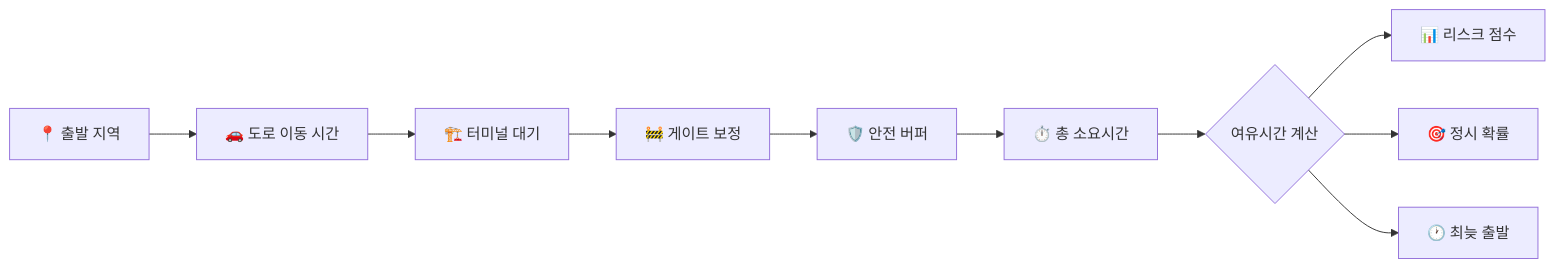
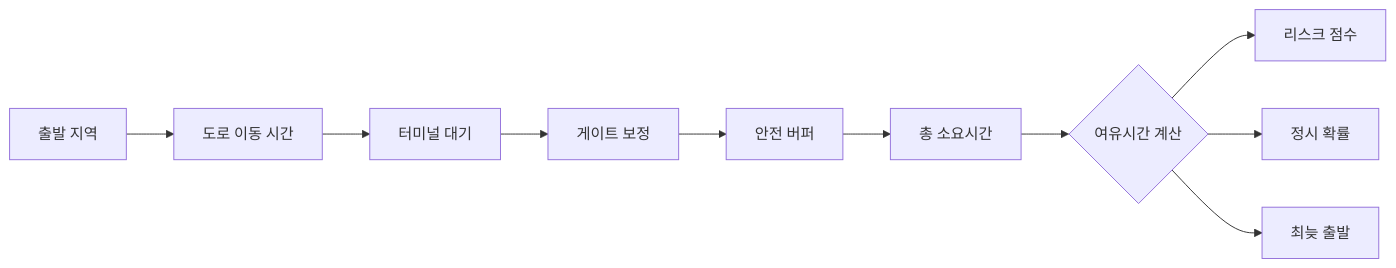
Before and after one commit to yeongseon/incheon-port-cutoff-radar: the diagram in docs/guide/engine.md, drawn with Mermaid. The commit also changed other lines of this file and 30 other files, not shown here.

````diff
--- a/docs/guide/engine.md
+++ b/docs/guide/engine.md
@@ -7,12 +7,12 @@
 ```mermaid
 graph LR
-    A[📍 출발 지역] --> B[🚗 도로 이동 시간]
-    B --> C[🏗️ 터미널 대기]
-    C --> D[🚧 게이트 보정]
-    D --> E[🛡️ 안전 버퍼]
-    E --> F[⏱️ 총 소요시간]
+    A[출발 지역] --> B[도로 이동 시간]
+    B --> C[터미널 대기]
+    C --> D[게이트 보정]
+    D --> E[안전 버퍼]
+    E --> F[총 소요시간]
     F --> G{여유시간 계산}
-    G --> H[📊 리스크 점수]
-    G --> I[🎯 정시 확률]
-    G --> J[🕐 최늦 출발]
+    G --> H[리스크 점수]
+    G --> I[정시 확률]
+    G --> J[최늦 출발]
 ```
````
